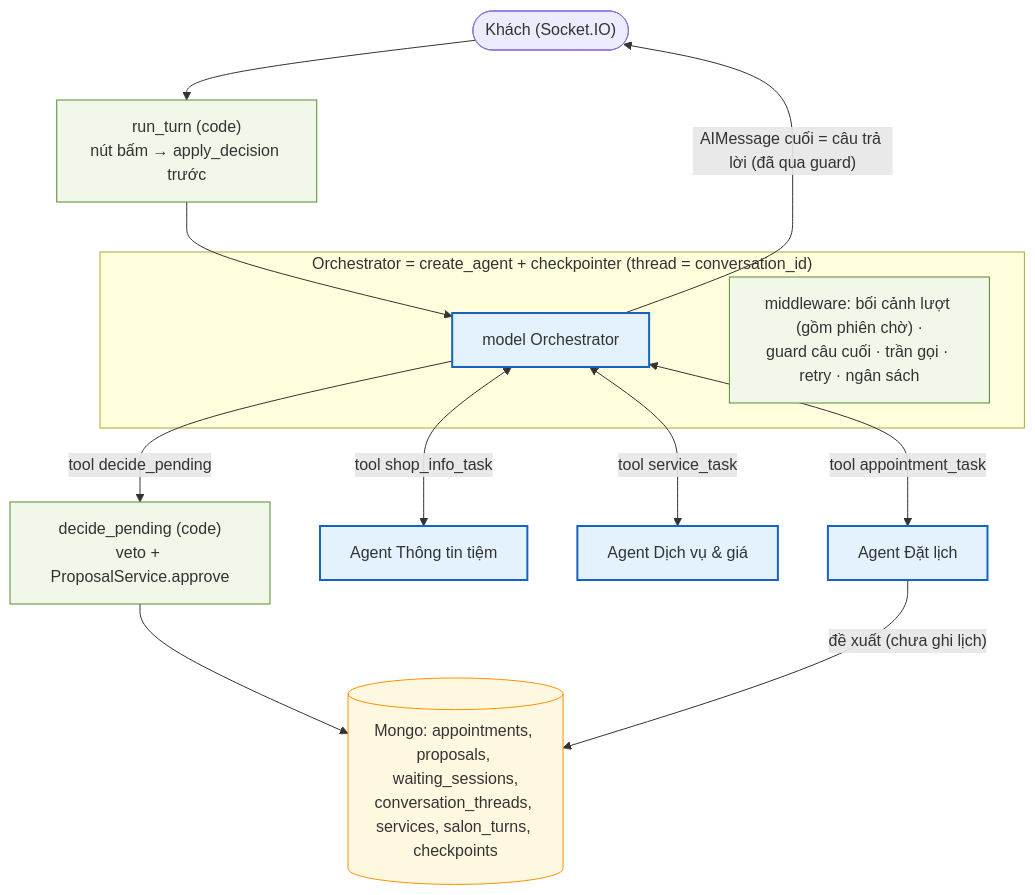
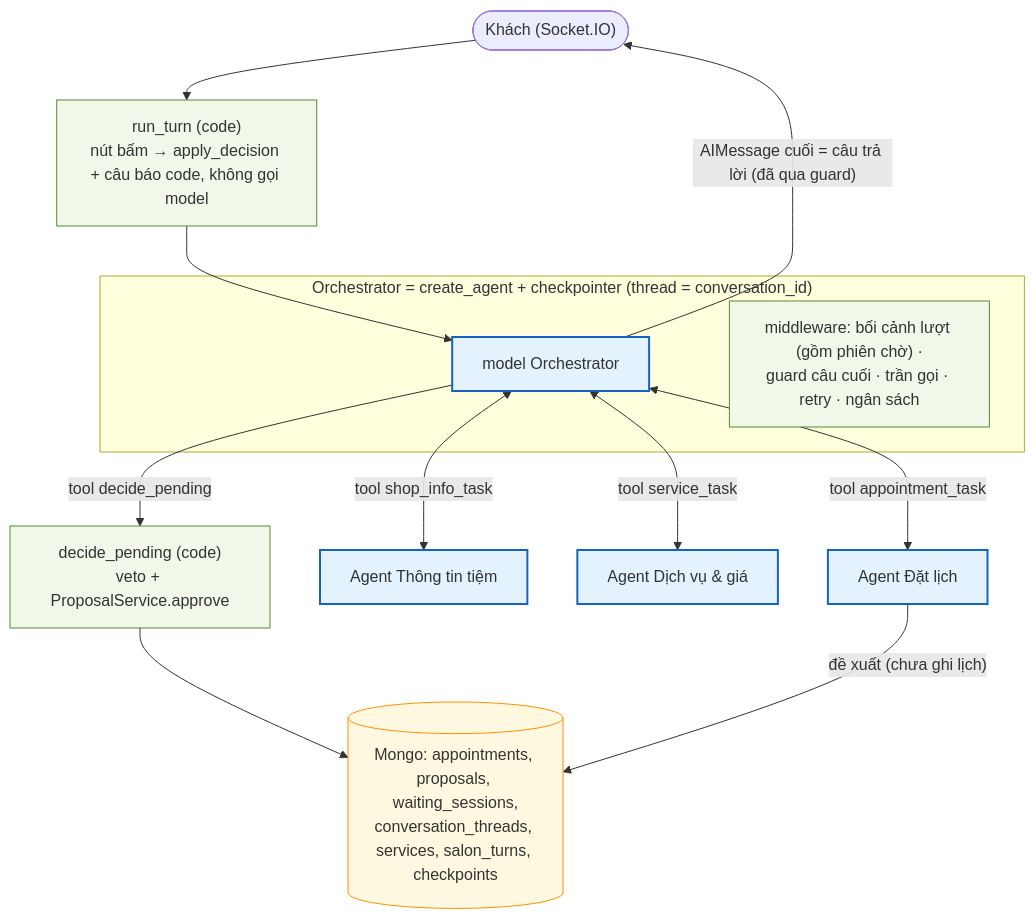
One commit to BuiHenry1404/salona-booking changed the diagram in docs/superpowers/specs/2026-11-08-subagents-rebuild-design.md. Above: the diagram before and after it, drawn with Mermaid. The commit also changed other lines of this file and 3 other files, not shown here.

Commit message:
docs: make the confirm button a code path and apply review fixes

````diff
--- a/docs/superpowers/specs/2026-11-08-subagents-rebuild-design.md
+++ b/docs/superpowers/specs/2026-11-08-subagents-rebuild-design.md
@@ -84,26 +84,26 @@
 ```mermaid
 flowchart TB
     classDef llm fill:#e3f2fd,stroke:#1565c0,stroke-width:2px;
     classDef code fill:#f1f8e9,stroke:#558b2f;
     classDef data fill:#fff8e1,stroke:#ff8f00;
 
     K(["Khách (Socket.IO)"])
-    RT["run_turn (code)<br/>nút bấm → apply_decision trước"]:::code
+    RT["run_turn (code)<br/>nút bấm → apply_decision + câu báo code, không gọi model"]:::code
     subgraph O ["Orchestrator = create_agent + checkpointer (thread = conversation_id)"]
         OM["model Orchestrator"]:::llm
         MW["middleware: bối cảnh lượt (gồm phiên chờ) ·<br/>guard câu cuối · trần gọi · retry · ngân sách"]:::code
     end
     A["Agent Đặt lịch"]:::llm
     S["Agent Thông tin tiệm"]:::llm
     V["Agent Dịch vụ & giá"]:::llm
     D["decide_pending (code)<br/>veto + ProposalService.approve"]:::code
     DB[("Mongo: appointments, proposals, waiting_sessions,<br/>conversation_threads, services, salon_turns, checkpoints")]:::data
 
     K --> RT --> OM
     OM <-->|"tool appointment_task"| A
     OM <-->|"tool shop_info_task"| S
     OM <-->|"tool service_task"| V
     OM -->|"tool decide_pending"| D --> DB
     A -->|"đề xuất (chưa ghi lịch)"| DB
     OM -->|"AIMessage cuối = câu trả lời (đã qua guard)"| K
 ```
````
